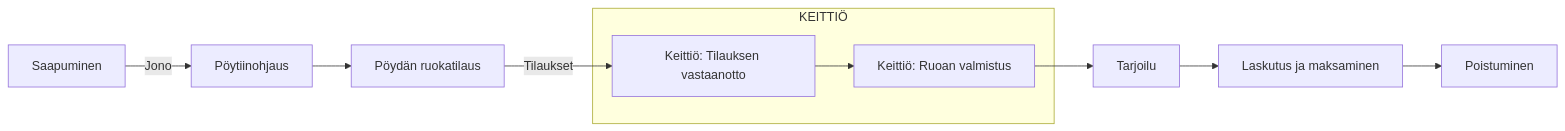
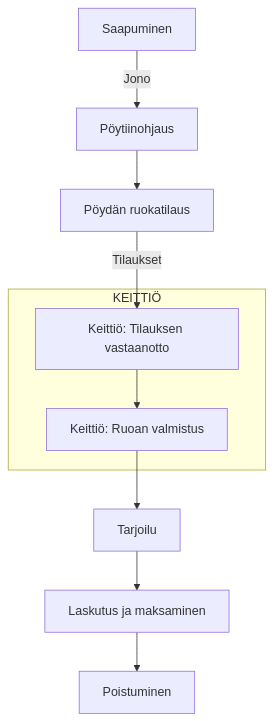
Before and after one commit to onnikiv/Simu-Projekti: the diagram in README.md, drawn with Mermaid.

````diff
--- a/README.md
+++ b/README.md
@@ -4,14 +4,14 @@
 ```mermaid
-flowchart LR
+graph
     A[Saapuminen] -->|Jono| B[Pöytiinohjaus]
     B --> C[Pöydän ruokatilaus]
     C -->|Tilaukset| K[Keittiö: Tilauksen vastaanotto]
     K --> L[Keittiö: Ruoan valmistus]
     L --> F[Tarjoilu]
     F --> G[Laskutus ja maksaminen]
     G --> H[Poistuminen]
     subgraph KEITTIÖ
         K
         L
     end
 ```
````
